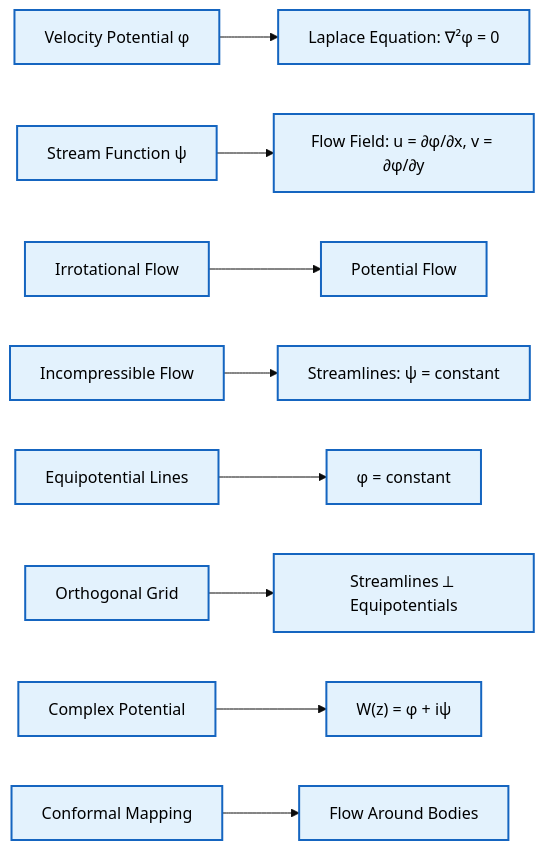
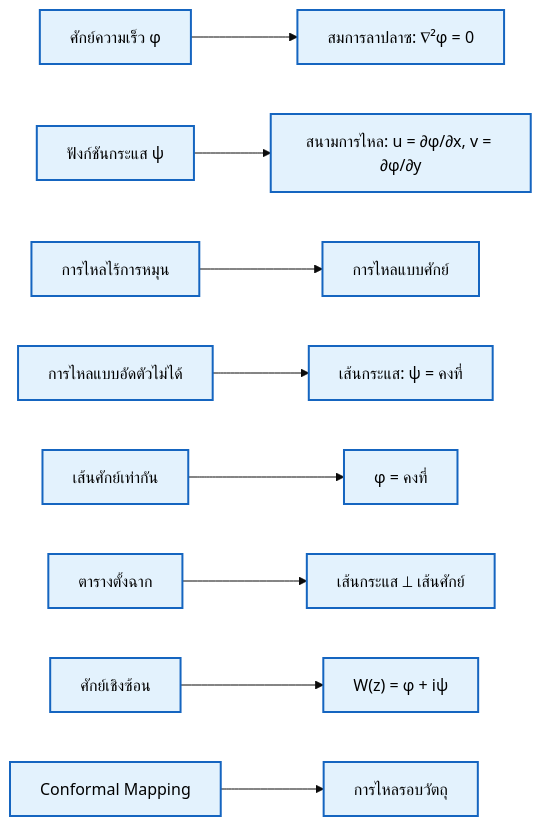
Before and after one commit to wramet/build-my-cfd: the tenth of 12 diagrams in MODULE_01_CFD_FUNDAMENTALS/lessons/01_fluid_mechanics_fundamentals.md, drawn with Mermaid (base theme). The commit also changed other lines of this file and 297 other files, not shown here.

Commit message:
Add explanation under mermaid diagram

````diff
--- a/MODULE_01_CFD_FUNDAMENTALS/lessons/01_fluid_mechanics_fundamentals.md
+++ b/MODULE_01_CFD_FUNDAMENTALS/lessons/01_fluid_mechanics_fundamentals.md
@@ -601,19 +610,14 @@
 ```mermaid
 graph LR
-    A["Velocity Potential φ"] --> B["Laplace Equation: ∇²φ = 0"]
-    C["Stream Function ψ"] --> D["Flow Field: u = ∂φ/∂x, v = ∂φ/∂y"]
-    E["Irrotational Flow"] --> F["Potential Flow"]
-    G["Incompressible Flow"] --> H["Streamlines: ψ = constant"]
-    I["Equipotential Lines"] --> J["φ = constant"]
-    K["Orthogonal Grid"] --> L["Streamlines ⟂ Equipotentials"]
-    M["Complex Potential"] --> N["W(z) = φ + iψ"]
-    O["Conformal Mapping"] --> P["Flow Around Bodies"]
-    
-    %% Styling Definitions
+    A["ศักย์ความเร็ว φ"] --> B["สมการลาปลาซ: ∇²φ = 0"]
+    C["ฟังก์ชันกระแส ψ"] --> D["สนามการไหล: u = ∂φ/∂x, v = ∂φ/∂y"]
+    E["การไหลไร้การหมุน"] --> F["การไหลแบบศักย์"]
+    G["การไหลแบบอัดตัวไม่ได้"] --> H["เส้นกระแส: ψ = คงที่"]
+    I["เส้นศักย์เท่ากัน"] --> J["φ = คงที่"]
+    K["ตารางตั้งฉาก"] --> L["เส้นกระแส ⟂ เส้นศักย์"]
+    M["ศักย์เชิงซ้อน"] --> N["W(z) = φ + iψ"]
+    O["Conformal Mapping"] --> P["การไหลรอบวัตถุ"]
+
     classDef process fill:#e3f2fd,stroke:#1565c0,stroke-width:2px,color:#000;
-    classDef decision fill:#fff9c4,stroke:#fbc02d,stroke-width:2px,color:#000;
-    classDef terminator fill:#ffebee,stroke:#c62828,stroke-width:2px,color:#000;
-    classDef storage fill:#e8f5e9,stroke:#2e7d32,stroke-width:2px,color:#000;
-    
     class A,B,C,D,E,F,G,H,I,J,K,L,M,N,O,P process;
 ```
````
